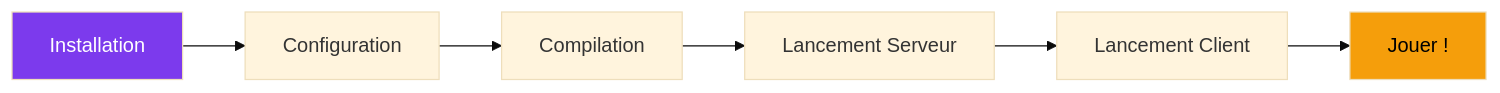
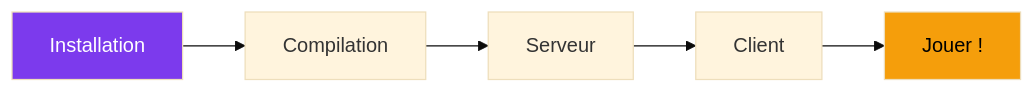
The diagram in docs/guide/index.md (ChrisG-L/rtype), drawn with Mermaid (base theme) before and after one commit. The commit also changed other lines of this file and 12 other files, not shown here.

````diff
--- a/docs/guide/index.md
+++ b/docs/guide/index.md
@@ -52,11 +52,10 @@
 ```mermaid
 flowchart LR
-    A[Installation] --> B[Configuration]
-    B --> C[Compilation]
-    C --> D[Lancement Serveur]
-    D --> E[Lancement Client]
-    E --> F[Jouer !]
+    A[Installation] --> B[Compilation]
+    B --> C[Serveur]
+    C --> D[Client]
+    D --> E[Jouer !]
 
     style A fill:#7c3aed,color:#fff
-    style F fill:#f59e0b,color:#000
+    style E fill:#f59e0b,color:#000
 ```
````
